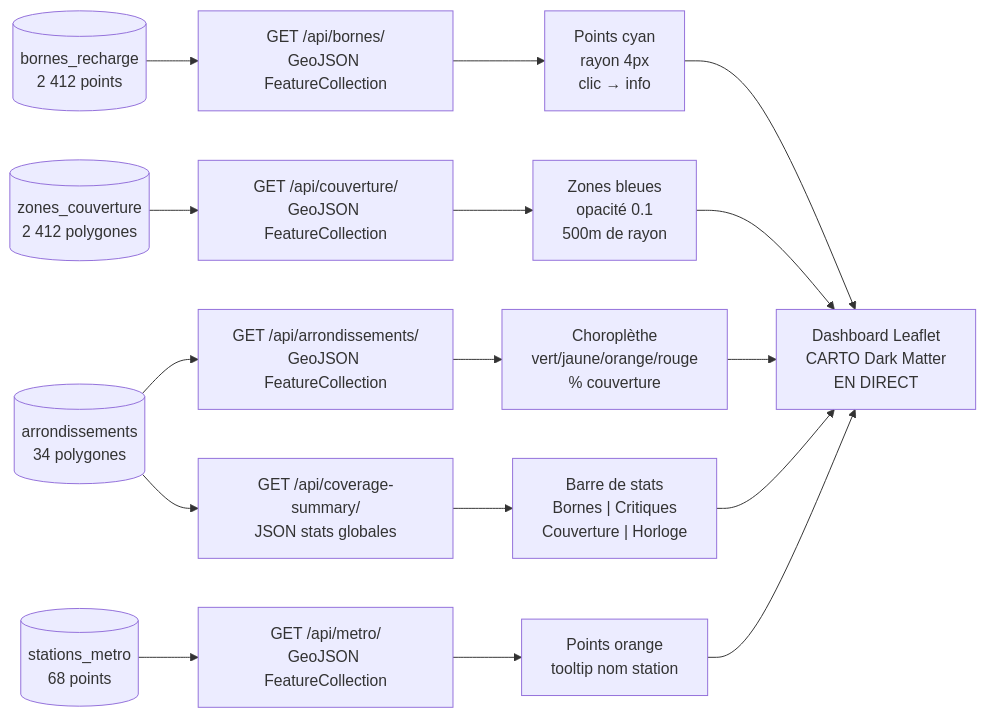
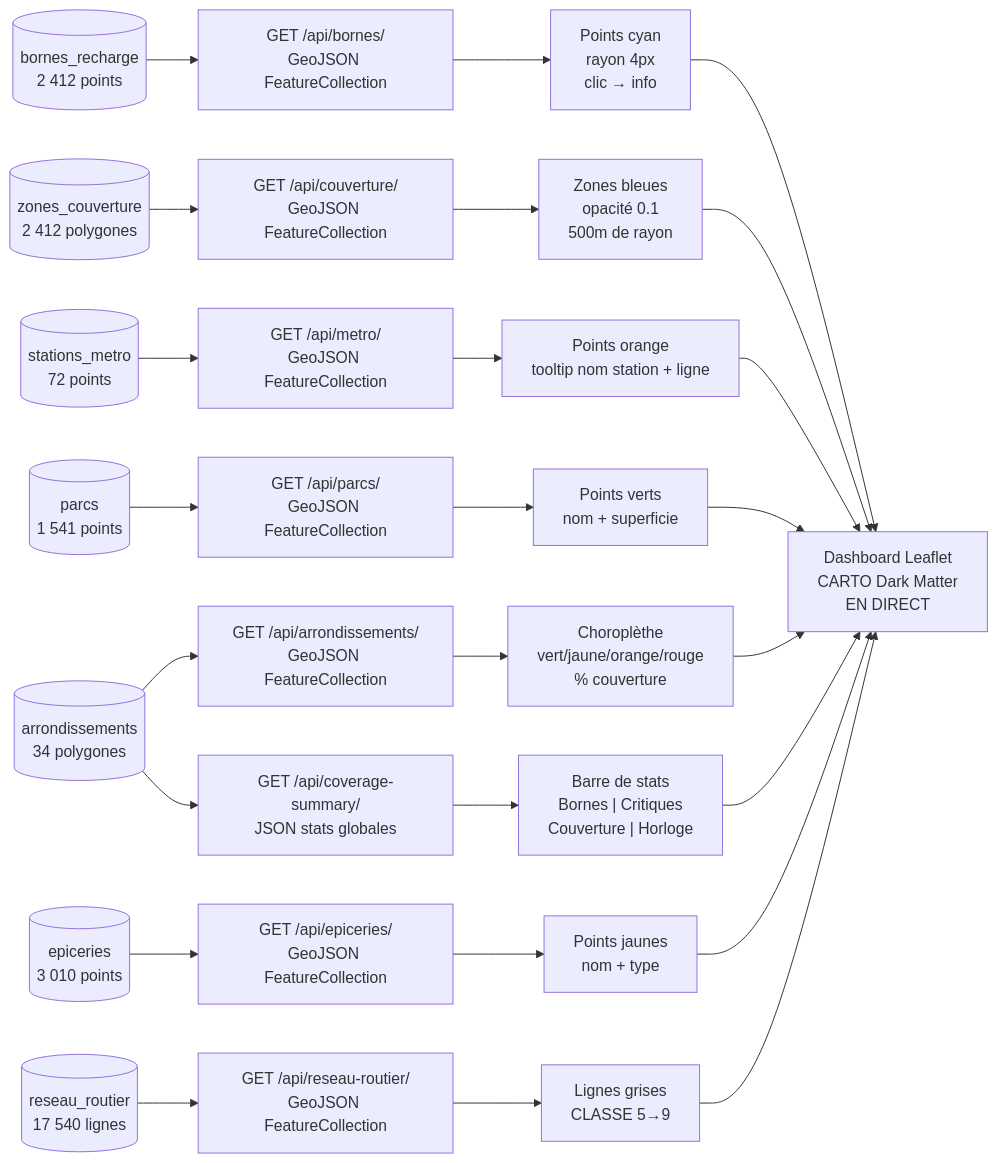
The fifth of 5 diagrams in DIAGRAMME_MERMAID.md (modou5604501/projet_Session), drawn with Mermaid before and after one commit. The commit also changed other lines of this file, not shown here.

````diff
--- a/DIAGRAMME_MERMAID.md
+++ b/DIAGRAMME_MERMAID.md
@@ -170,14 +180,20 @@
 ```mermaid
 flowchart LR
     DB1[("bornes_recharge\n2 412 points")] --> E1["GET /api/bornes/\nGeoJSON FeatureCollection"] --> L1["Points cyan\nrayon 4px\nclic → info"]
     DB2[("zones_couverture\n2 412 polygones")] --> E2["GET /api/couverture/\nGeoJSON FeatureCollection"] --> L2["Zones bleues\nopacité 0.1\n500m de rayon"]
     DB3[("arrondissements\n34 polygones")] --> E3["GET /api/arrondissements/\nGeoJSON FeatureCollection"] --> L3["Choroplèthe\nvert/jaune/orange/rouge\n% couverture"]
-    DB4[("stations_metro\n68 points")] --> E4["GET /api/metro/\nGeoJSON FeatureCollection"] --> L4["Points orange\ntooltip nom station"]
+    DB4[("stations_metro\n72 points")] --> E4["GET /api/metro/\nGeoJSON FeatureCollection"] --> L4["Points orange\ntooltip nom station + ligne"]
+    DB5[("parcs\n1 541 points")] --> E6["GET /api/parcs/\nGeoJSON FeatureCollection"] --> L5["Points verts\nnom + superficie"]
+    DB6[("epiceries\n3 010 points")] --> E7["GET /api/epiceries/\nGeoJSON FeatureCollection"] --> L6["Points jaunes\nnom + type"]
+    DB7[("reseau_routier\n17 540 lignes")] --> E8["GET /api/reseau-routier/\nGeoJSON FeatureCollection"] --> L7["Lignes grises\nCLASSE 5→9"]
     DB3 --> E5["GET /api/coverage-summary/\nJSON stats globales"] --> SIDE["Barre de stats\nBornes | Critiques\nCouverture | Horloge"]
 
     L1 --> MAP["Dashboard Leaflet\nCARTO Dark Matter\nEN DIRECT"]
     L2 --> MAP
     L3 --> MAP
     L4 --> MAP
+    L5 --> MAP
+    L6 --> MAP
+    L7 --> MAP
     SIDE --> MAP
 ```
````
